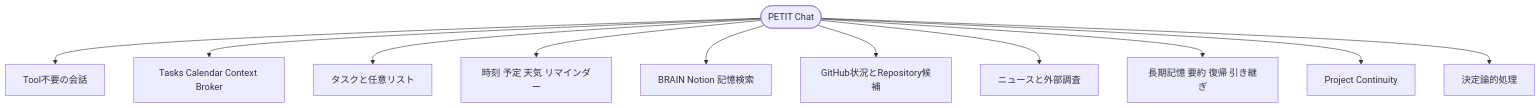
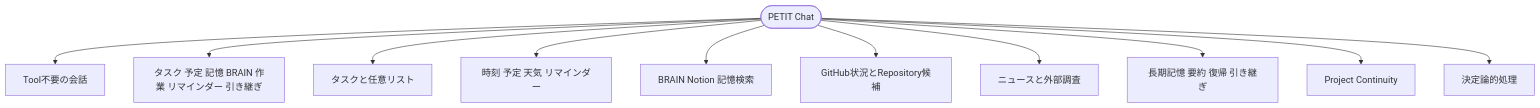
Before and after one commit to Soso2e/PETIT: diagram 13 of 15 in docs/runtime-flows.md, drawn with Mermaid. The commit also changed other lines of this file and 17 other files, not shown here.

````diff
--- a/docs/runtime-flows.md
+++ b/docs/runtime-flows.md
@@ -474,25 +482,25 @@
 ```mermaid
 flowchart TD
     chat([PETIT Chat])
     direct[Tool不要の会話]
-    context[Tasks Calendar Context Broker]
+    context[タスク 予定 記憶 BRAIN 作業 リマインダー 引き継ぎ]
     tasks[タスクと任意リスト]
     cal[時刻 予定 天気 リマインダー]
     know[BRAIN Notion 記憶検索]
     git[GitHub状況とRepository候補]
     web[ニュースと外部調査]
     mem[長期記憶 要約 復帰 引き継ぎ]
     project[Project Continuity]
     deterministic[決定論的処理]
 
     chat --> direct
     chat --> context
     chat --> tasks
     chat --> cal
     chat --> know
     chat --> git
     chat --> web
     chat --> mem
     chat --> project
     chat --> deterministic
 ```
````
